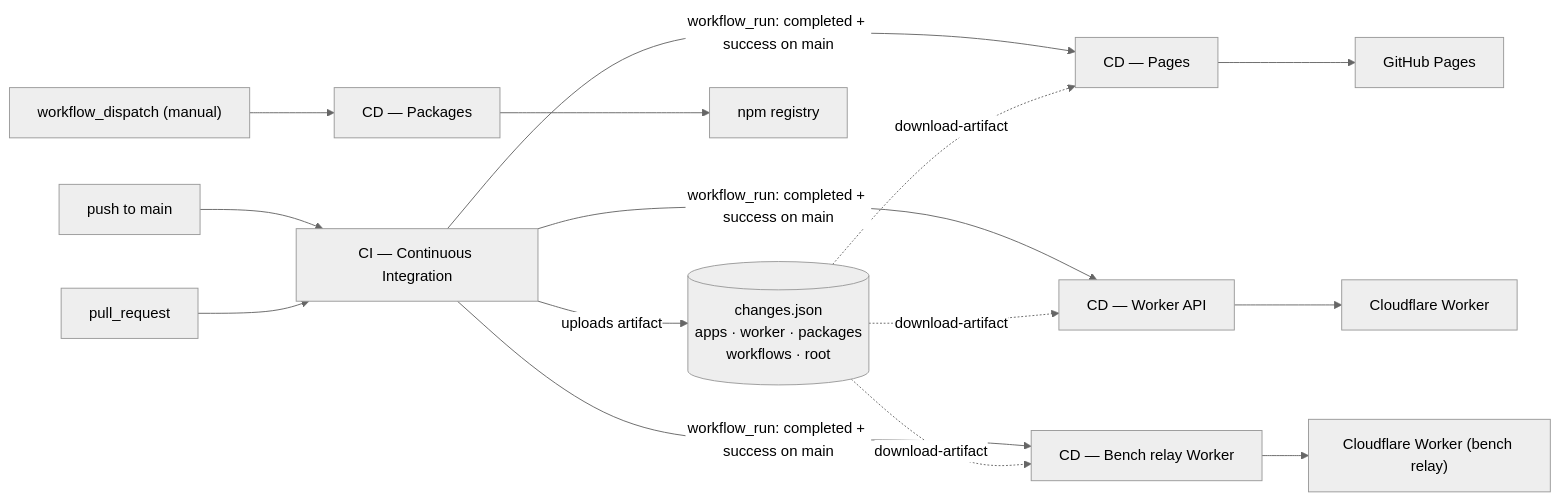
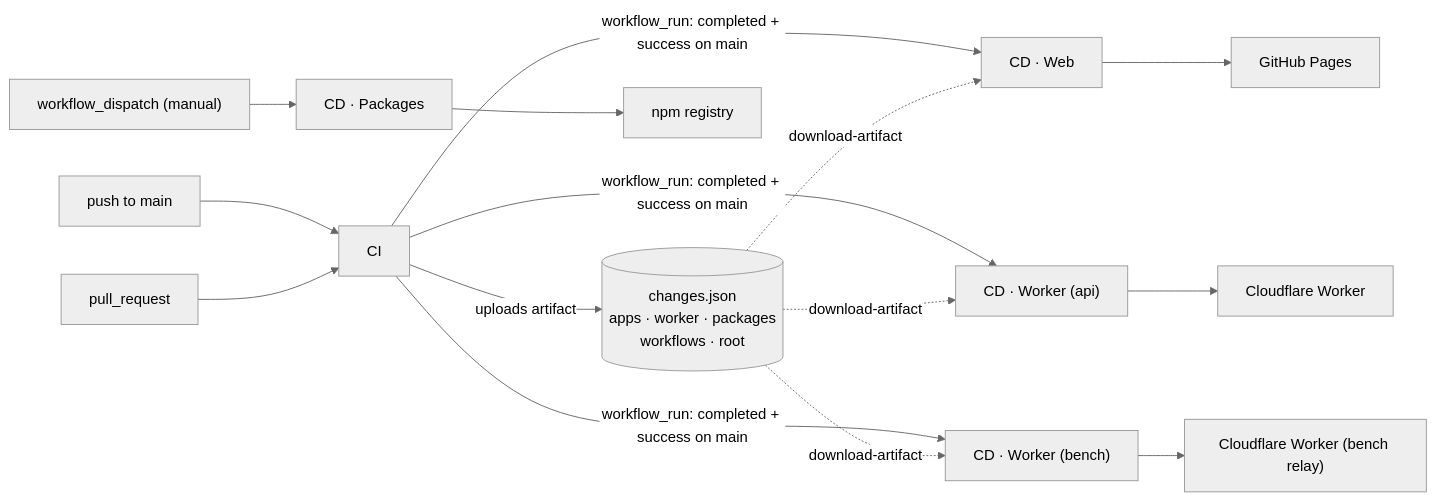
The first of 6 diagrams in .github/workflows/README.md (soroush-tech/core), drawn with Mermaid (neutral theme) before and after one commit. The commit also changed other lines of this file and 14 other files, not shown here.

````diff
--- a/.github/workflows/README.md
+++ b/.github/workflows/README.md
@@ -43,17 +49,17 @@
 ```mermaid
 flowchart LR
-    push["push to main"] --> ci["CI — Continuous Integration"]
+    push["push to main"] --> ci["CI"]
     pr["pull_request"] --> ci
     ci -->|"uploads artifact"| art[("changes.json<br/>apps · worker · packages<br/>workflows · root")]
-    ci -->|"workflow_run: completed + success on main"| cdweb["CD — Pages"]
-    ci -->|"workflow_run: completed + success on main"| cdworker["CD — Worker API"]
-    ci -->|"workflow_run: completed + success on main"| cdbench["CD — Bench relay Worker"]
+    ci -->|"workflow_run: completed + success on main"| cdweb["CD · Web"]
+    ci -->|"workflow_run: completed + success on main"| cdworker["CD · Worker (api)"]
+    ci -->|"workflow_run: completed + success on main"| cdbench["CD · Worker (bench)"]
     art -.->|"download-artifact"| cdweb
     art -.->|"download-artifact"| cdworker
     art -.->|"download-artifact"| cdbench
     cdweb --> pages["GitHub Pages"]
     cdworker --> cf["Cloudflare Worker"]
     cdbench --> cfbench["Cloudflare Worker (bench relay)"]
-    disp["workflow_dispatch (manual)"] --> cdpkg["CD — Packages"]
+    disp["workflow_dispatch (manual)"] --> cdpkg["CD · Packages"]
     cdpkg --> npm["npm registry"]
 ```
````
